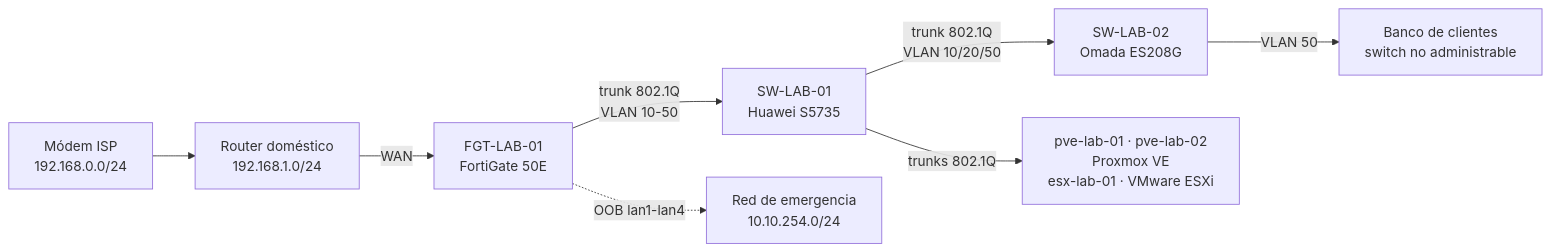
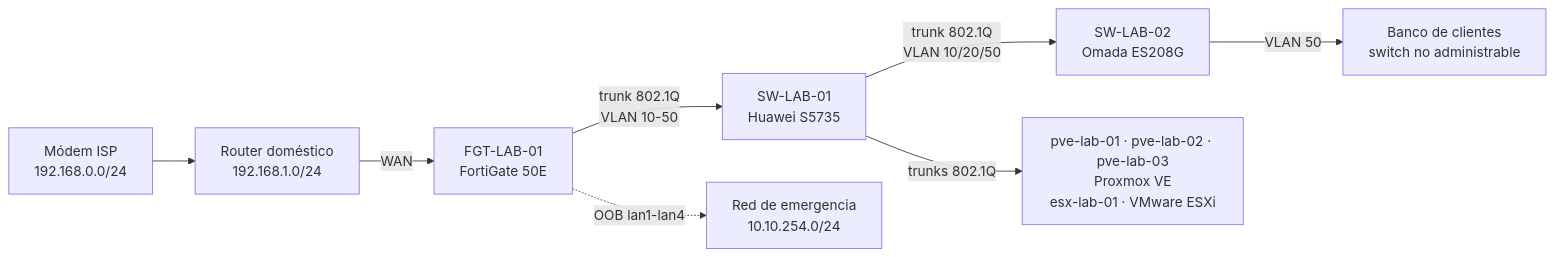
One commit to Alce1551/EICL-HOMELAB changed the diagram in README.md. Above: the diagram before and after it, drawn with Mermaid. The commit also changed other lines of this file and 8 other files, not shown here.

Commit message:
LAB-002-G: integra pve-lab-03 y reubica el acceso MGMT a GE0/0/9

````diff
--- a/README.md
+++ b/README.md
@@ -28,10 +29,10 @@
 ```mermaid
 flowchart LR
     ISP[Módem ISP<br/>192.168.0.0/24] --> ARC[Router doméstico<br/>192.168.1.0/24]
     ARC -->|WAN| FGT[FGT-LAB-01<br/>FortiGate 50E]
     FGT -->|trunk 802.1Q<br/>VLAN 10-50| SW1[SW-LAB-01<br/>Huawei S5735]
     SW1 -->|trunk 802.1Q<br/>VLAN 10/20/50| SW2[SW-LAB-02<br/>Omada ES208G]
     SW2 -->|VLAN 50| BAN[Banco de clientes<br/>switch no administrable]
-    SW1 -->|trunks 802.1Q| SRV[pve-lab-01 · pve-lab-02<br/>Proxmox VE<br/>esx-lab-01 · VMware ESXi]
+    SW1 -->|trunks 802.1Q| SRV[pve-lab-01 · pve-lab-02 · pve-lab-03<br/>Proxmox VE<br/>esx-lab-01 · VMware ESXi]
     FGT -.->|OOB lan1-lan4| OOB[Red de emergencia<br/>10.10.254.0/24]
 ```
````
